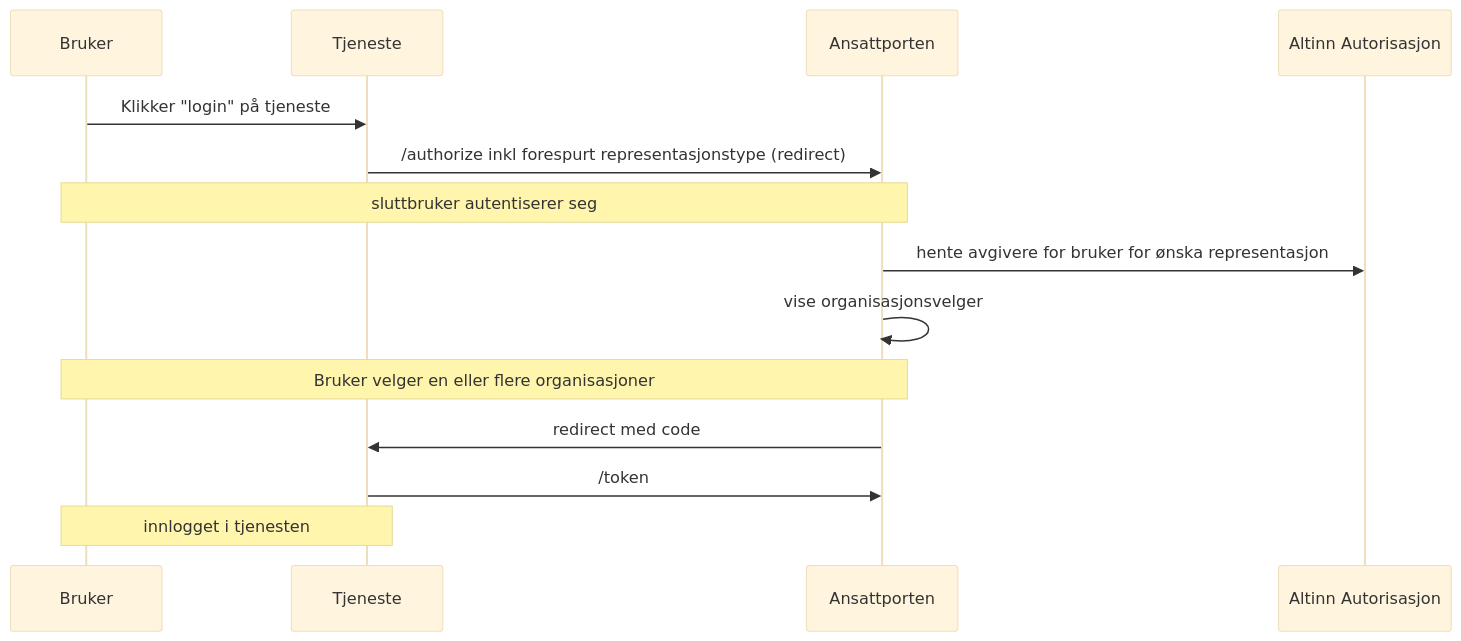
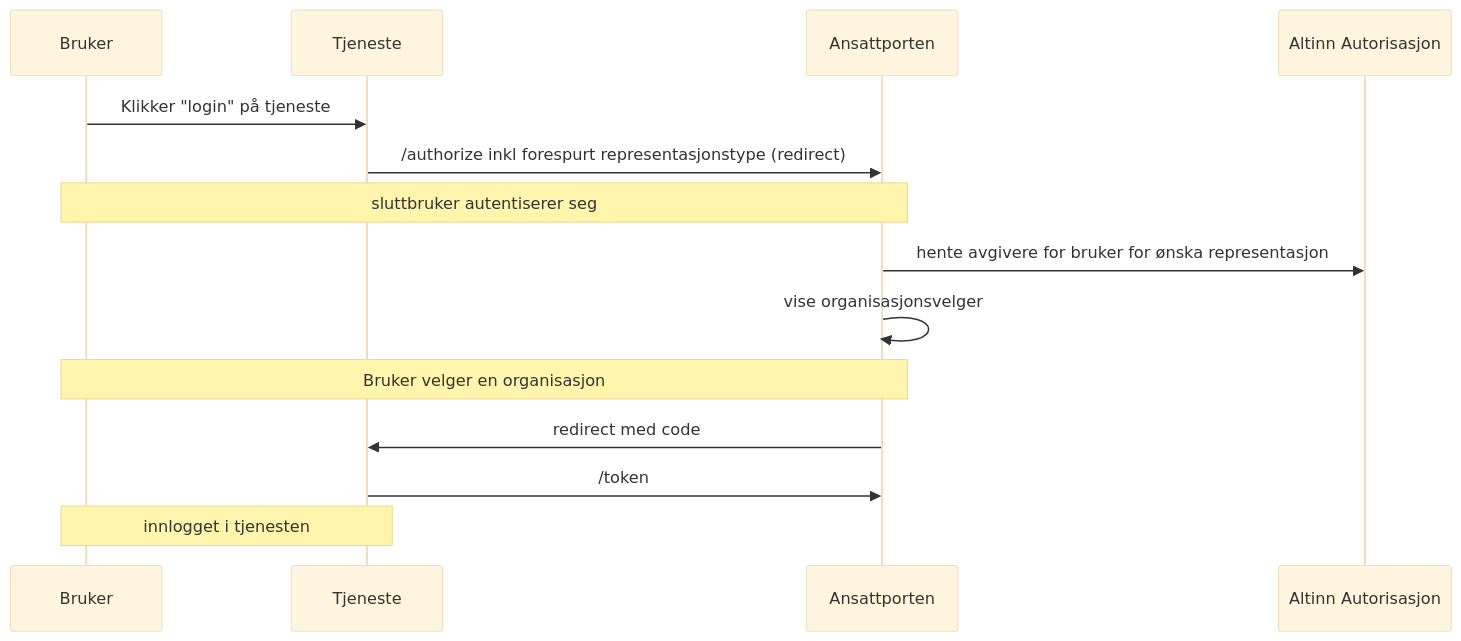
One commit to felleslosninger/docs changed the second of 2 diagrams in _docs/ID-porten/oidc/ansattporten_guide.md. Above: the diagram before and after it, drawn with Mermaid (base theme). The commit also changed other lines of this file, not shown here.

```diff
--- a/_docs/ID-porten/oidc/ansattporten_guide.md
+++ b/_docs/ID-porten/oidc/ansattporten_guide.md
@@ -69,19 +69,19 @@
 <div class="mermaid">
 sequenceDiagram
 
 participant B as Bruker
 participant C as Tjeneste
 participant A as Ansattporten
 participant AA as Altinn Autorisasjon
 
 B->>C: Klikker "login" på tjeneste
 C->>A: /authorize inkl forespurt representasjonstype  (redirect)
 note over B, A: sluttbruker autentiserer seg
   A->>AA: hente avgivere for bruker for ønska representasjon
   A->>A: vise organisasjonsvelger
-  note over B, A: Bruker velger en eller flere organisasjoner
+  note over B, A: Bruker velger en  organisasjon
 A->>C: redirect med code
 C->>A: /token  
 note over B,C: innlogget i tjenesten
 
 </div>
```
